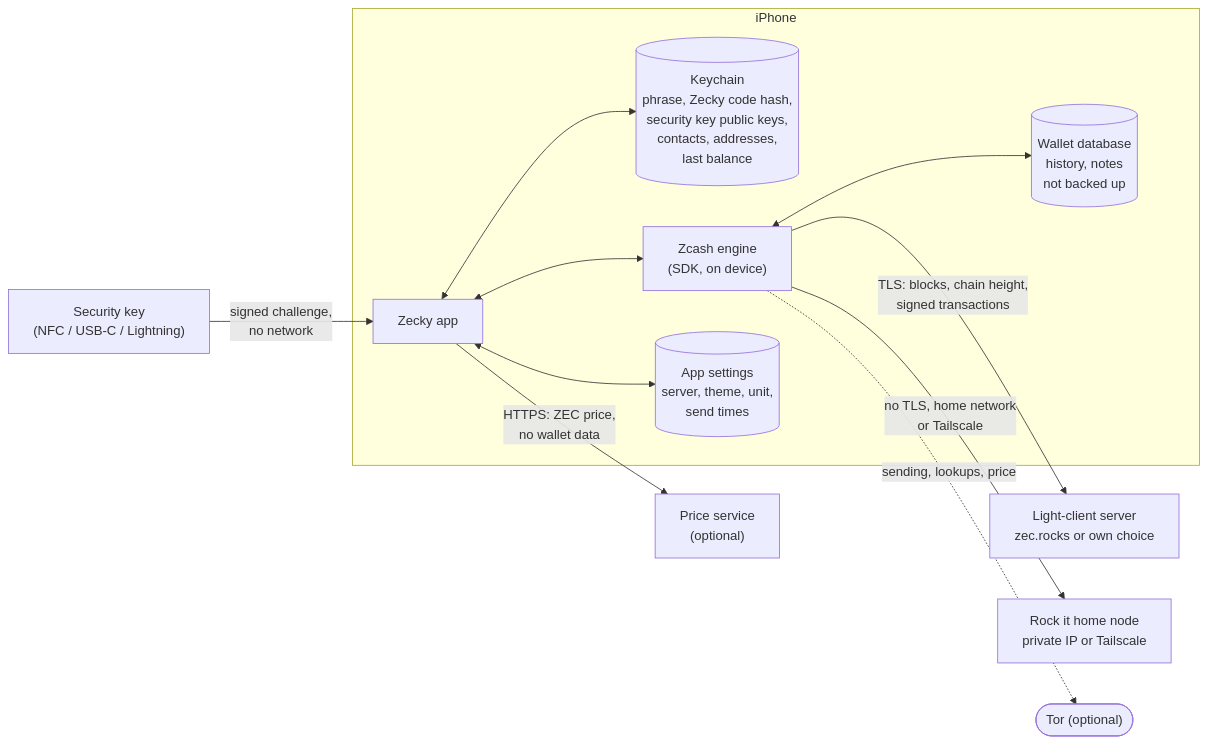
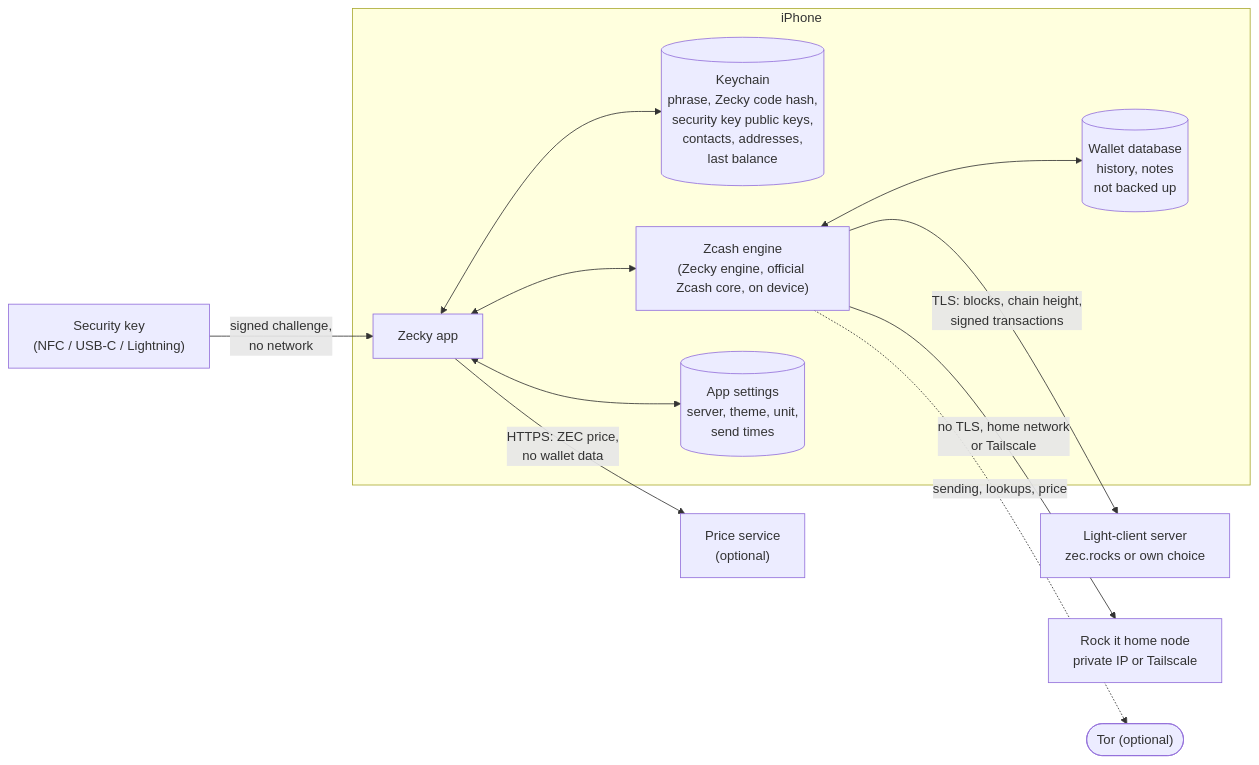
The diagram in docs/THREAT_MODEL.md (zecky-app/zecky-lock-it), drawn with Mermaid before and after one commit. The commit also changed other lines of this file and 27 other files, not shown here.

````diff
--- a/docs/THREAT_MODEL.md
+++ b/docs/THREAT_MODEL.md
@@ -170,24 +182,24 @@
 ```mermaid
 flowchart LR
   subgraph Phone["iPhone"]
     K[("Keychain<br/>phrase, Zecky code hash,<br/>security key public keys,<br/>contacts, addresses,<br/>last balance")]
     A["Zecky app"]
-    E["Zcash engine<br/>(SDK, on device)"]
+    E["Zcash engine<br/>(Zecky engine, official Zcash core, on device)"]
     D[("Wallet database<br/>history, notes<br/>not backed up")]
     S[("App settings<br/>server, theme, unit,<br/>send times")]
     A <--> K
     A <--> S
     A <--> E
     E <--> D
   end
   Y["Security key<br/>(NFC / USB-C / Lightning)"]
   Y -- "signed challenge,<br/>no network" --> A
   L["Light-client server<br/>zec.rocks or own choice"]
   R["Rock it home node<br/>private IP or Tailscale"]
   P["Price service<br/>(optional)"]
   T(["Tor (optional)"])
   E -- "TLS: blocks, chain height,<br/>signed transactions" --> L
   E -- "no TLS, home network<br/>or Tailscale" --> R
   A -- "HTTPS: ZEC price,<br/>no wallet data" --> P
   E -. "sending, lookups, price" .-> T
 ```
````
